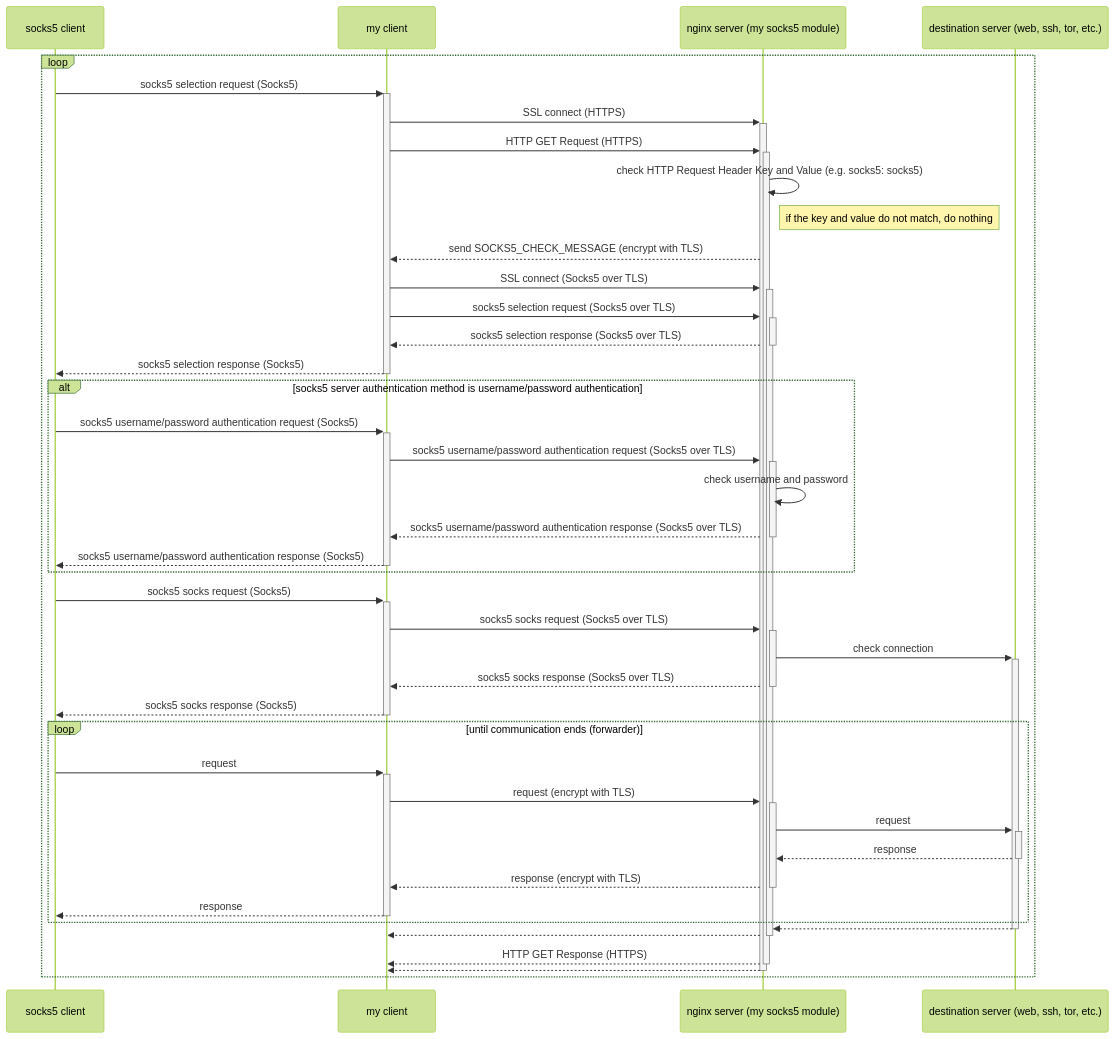
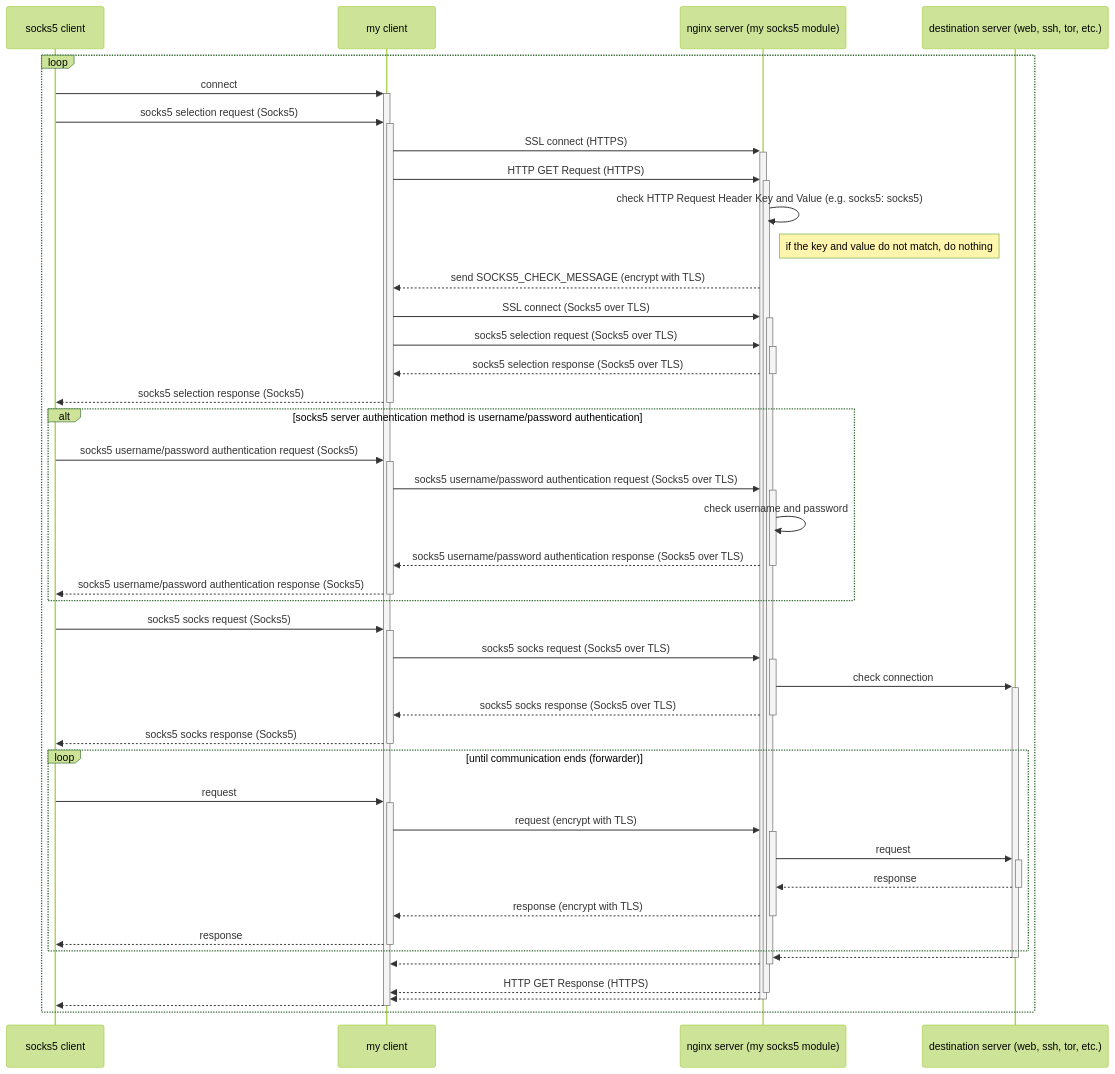
Before and after one commit to shuichiro-endo/socks5-nginx-module-v2: the first of 2 diagrams in README.md, drawn with Mermaid (forest theme). The commit also changed other lines of this file, not shown here.

````diff
--- a/README.md
+++ b/README.md
@@ -13,43 +13,45 @@
 ```mermaid
 sequenceDiagram
     participant A as socks5 client
     participant B as my client
     participant C as nginx server (my socks5 module)
     participant D as destination server (web, ssh, tor, etc.)
     loop 
+        A->>+B: connect
         A->>+B: socks5 selection request (Socks5)
         B->>+C: SSL connect (HTTPS)
         B->>+C: HTTP GET Request (HTTPS)
         C->>C: check HTTP Request Header Key and Value (e.g. socks5: socks5)
         note right of C: if the key and value do not match, do nothing
         C-->>B: send SOCKS5_CHECK_MESSAGE (encrypt with TLS)
         B->>+C: SSL connect (Socks5 over TLS)
         B->>+C: socks5 selection request (Socks5 over TLS)
         C-->>-B: socks5 selection response (Socks5 over TLS)
         B-->>-A: socks5 selection response (Socks5)
         alt socks5 server authentication method is username/password authentication
         A->>+B: socks5 username/password authentication request (Socks5)
         B->>+C: socks5 username/password authentication request (Socks5 over TLS)
         C->>C: check username and password
         C-->>-B: socks5 username/password authentication response (Socks5 over TLS)
         B-->>-A: socks5 username/password authentication response (Socks5)
         end
         A->>+B: socks5 socks request (Socks5)
         B->>+C: socks5 socks request (Socks5 over TLS)
         C->>+D: check connection
         C-->>-B: socks5 socks response (Socks5 over TLS)
         B-->>-A: socks5 socks response (Socks5)
         loop until communication ends (forwarder)
             A->>+B: request
             B->>+C: request (encrypt with TLS)
             C->>+D: request
             D-->>-C: response
             C-->>-B: response (encrypt with TLS)
             B-->>-A: response
         end
         D-->>-C:  
         C-->>-B: 
         C-->>-B: HTTP GET Response (HTTPS)
         C-->>-B: 
+        B-->>-A: 
     end
 ```
````
